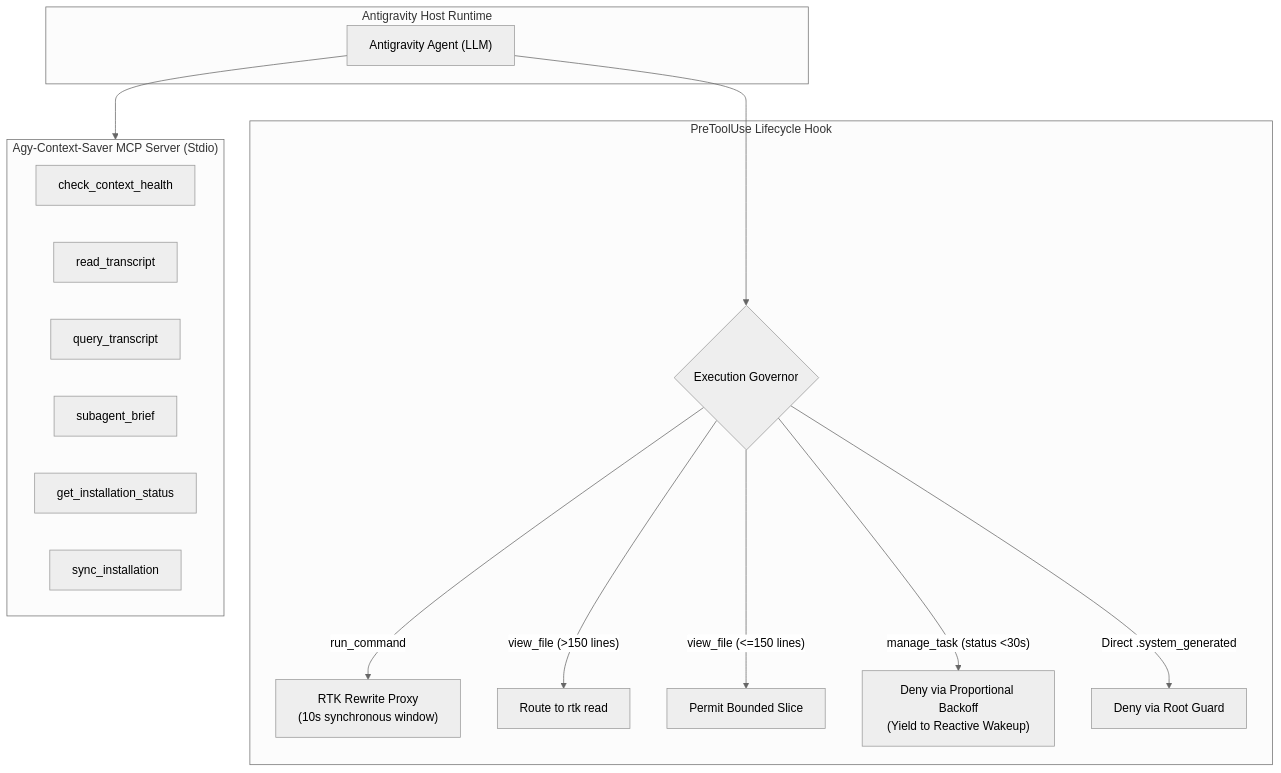
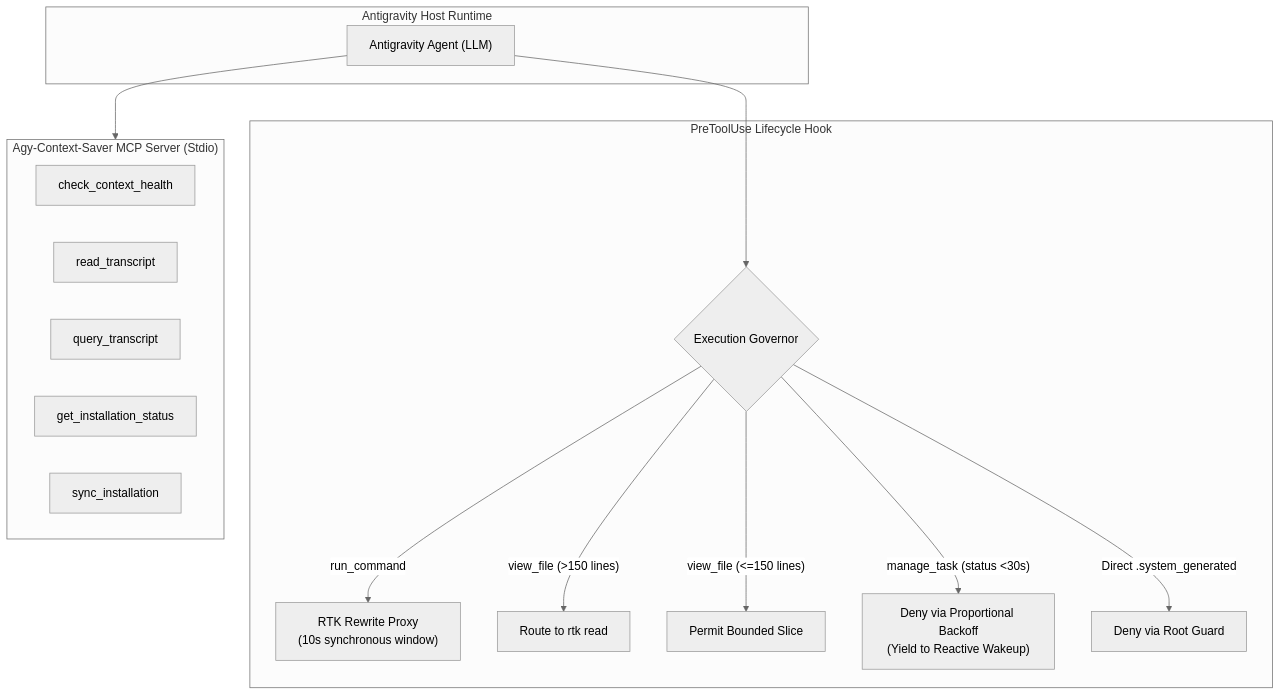
One commit to paragon-ux/Agy-Context-Saver changed the first of 2 diagrams in docs/tools.md. Above: the diagram before and after it, drawn with Mermaid (neutral theme). The commit also changed other lines of this file and 27 other files, not shown here.

````diff
--- a/docs/tools.md
+++ b/docs/tools.md
@@ -9,27 +9,26 @@
 ```mermaid
 flowchart TD
     subgraph Host["Antigravity Host Runtime"]
         Agent["Antigravity Agent (LLM)"]
     end
 
     subgraph Governance["PreToolUse Lifecycle Hook"]
         Hook{"Execution Governor"}
         Hook -- "run_command" --> Rewrite["RTK Rewrite Proxy\n(10s synchronous window)"]
         Hook -- "view_file (>150 lines)" --> Redirect["Route to rtk read"]
         Hook -- "view_file (<=150 lines)" --> SliceSafe["Permit Bounded Slice"]
         Hook -- "manage_task (status <30s)" --> Backoff["Deny via Proportional Backoff\n(Yield to Reactive Wakeup)"]
         Hook -- "Direct .system_generated" --> RootDeny["Deny via Root Guard"]
     end
 
     subgraph MCP["Agy-Context-Saver MCP Server (Stdio)"]
         T1["check_context_health"]
         T2["read_transcript"]
         T3["query_transcript"]
-        T4["subagent_brief"]
-        T5["get_installation_status"]
-        T6["sync_installation"]
+        T4["get_installation_status"]
+        T5["sync_installation"]
     end
 
     Agent --> Hook
     Agent --> MCP
 ```
````
